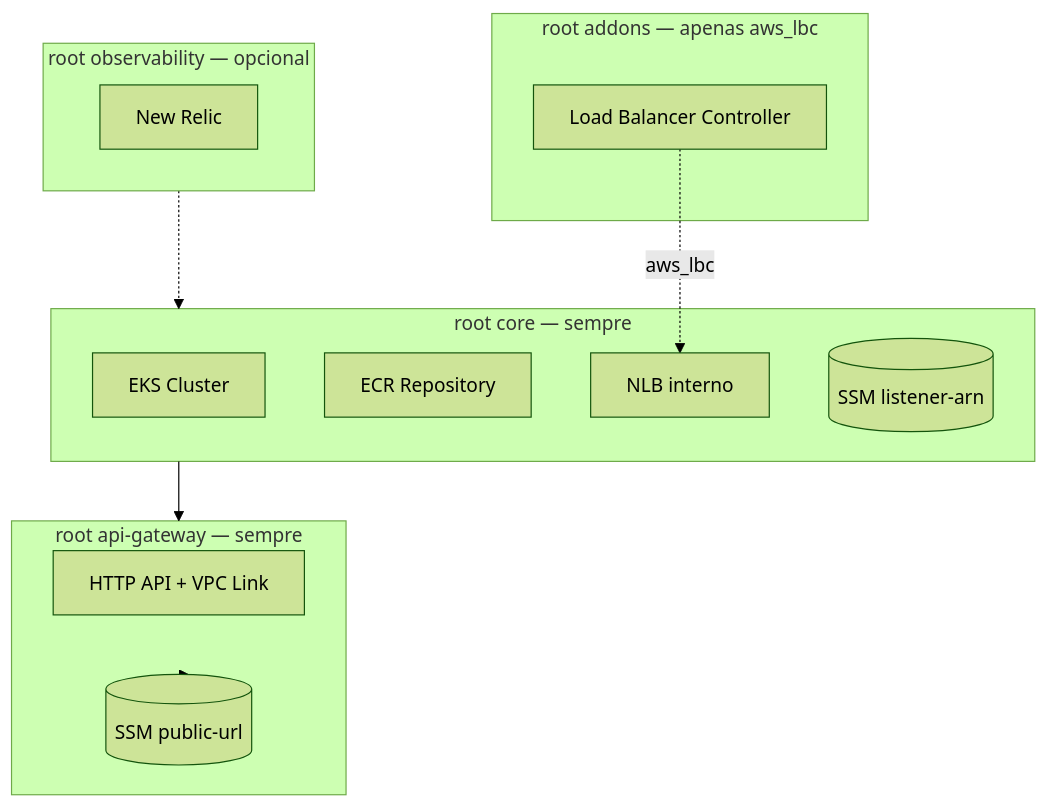
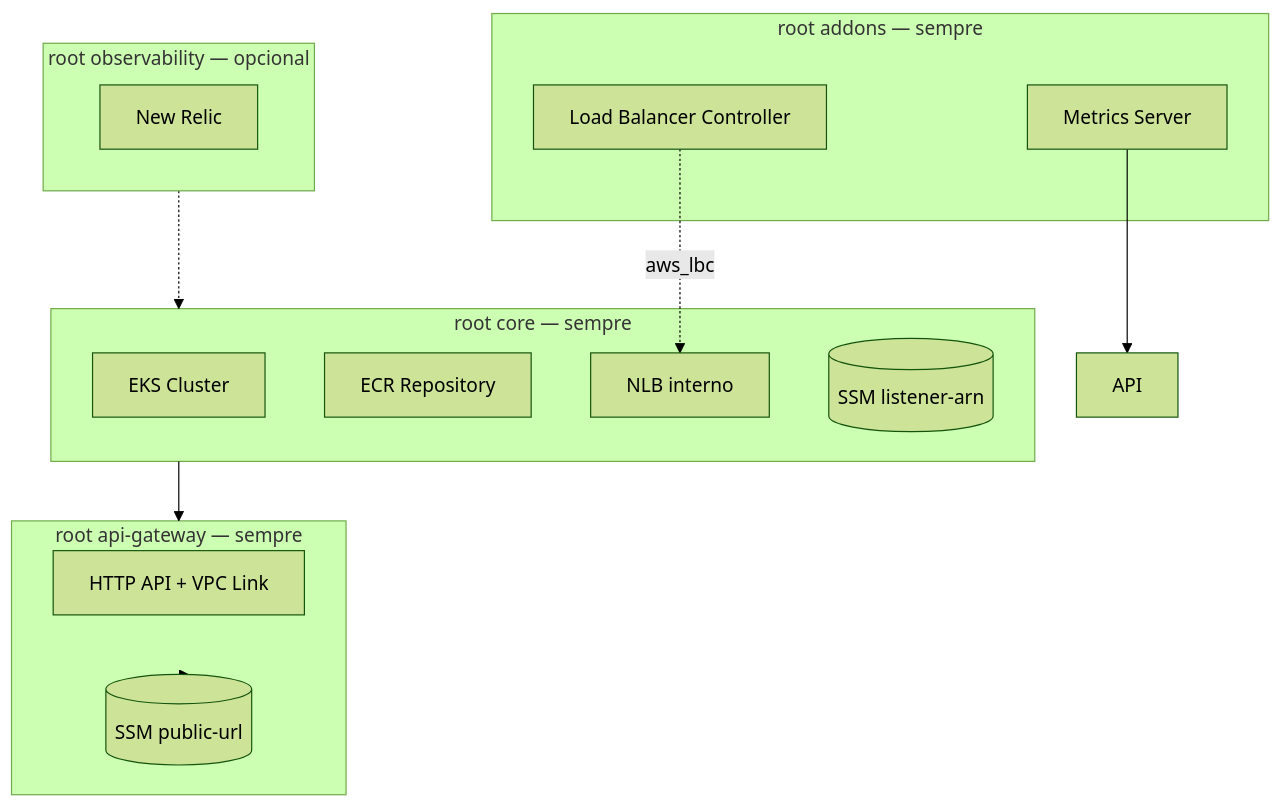
Before and after one commit to fabianorodrigues/oficina-infra-k8s: the second of 2 diagrams in README.md, drawn with Mermaid (forest theme). The commit also changed other lines of this file and 5 other files, not shown here.

Commit message:
feat: Adcionando metrics server e HPA

````diff
--- a/README.md
+++ b/README.md
@@ -51,23 +52,25 @@
 ```mermaid
 graph TB
   subgraph CORE[root core — sempre]
     EKS[EKS Cluster]
     ECR[ECR Repository]
     NLB_TF[NLB interno]
     SSM1[(SSM listener-arn)]
   end
-  subgraph ADDONS[root addons — apenas aws_lbc]
+  subgraph ADDONS[root addons — sempre]
+    MS[Metrics Server]
     LBC[Load Balancer Controller]
   end
   subgraph APIGW[root api-gateway — sempre]
     HTTP[HTTP API + VPC Link]
     SSM2[(SSM public-url)]
   end
   subgraph OBS[root observability — opcional]
     NR[New Relic]
   end
   CORE --> APIGW
+  MS --> API
   LBC -.aws_lbc.-> NLB_TF
   APIGW --> SSM2
   OBS -.-> CORE
 ```
````
